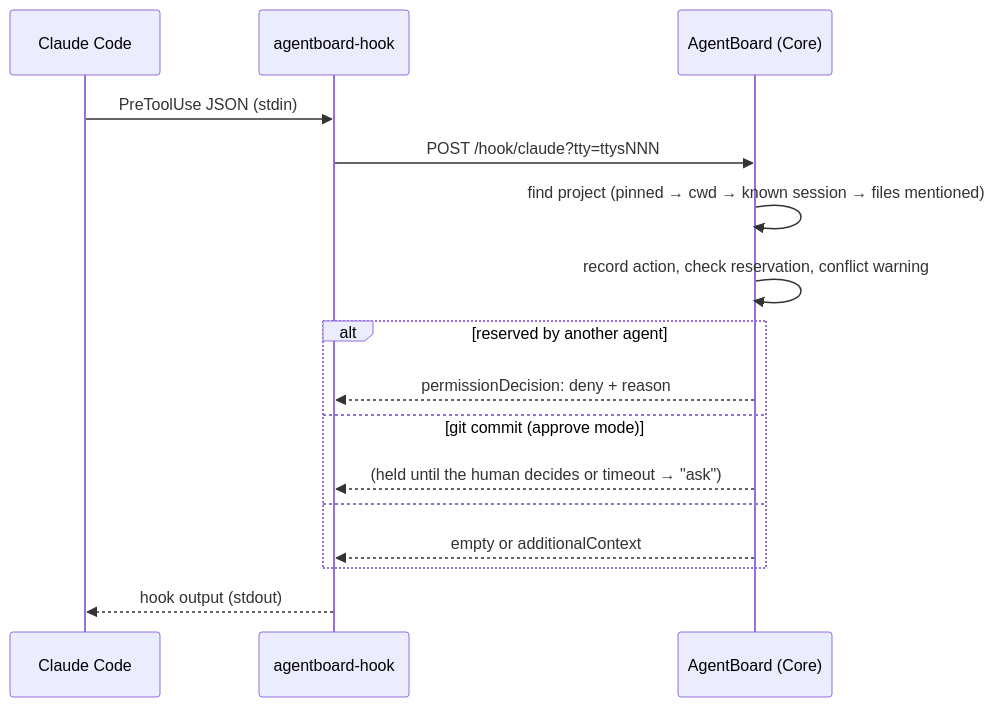
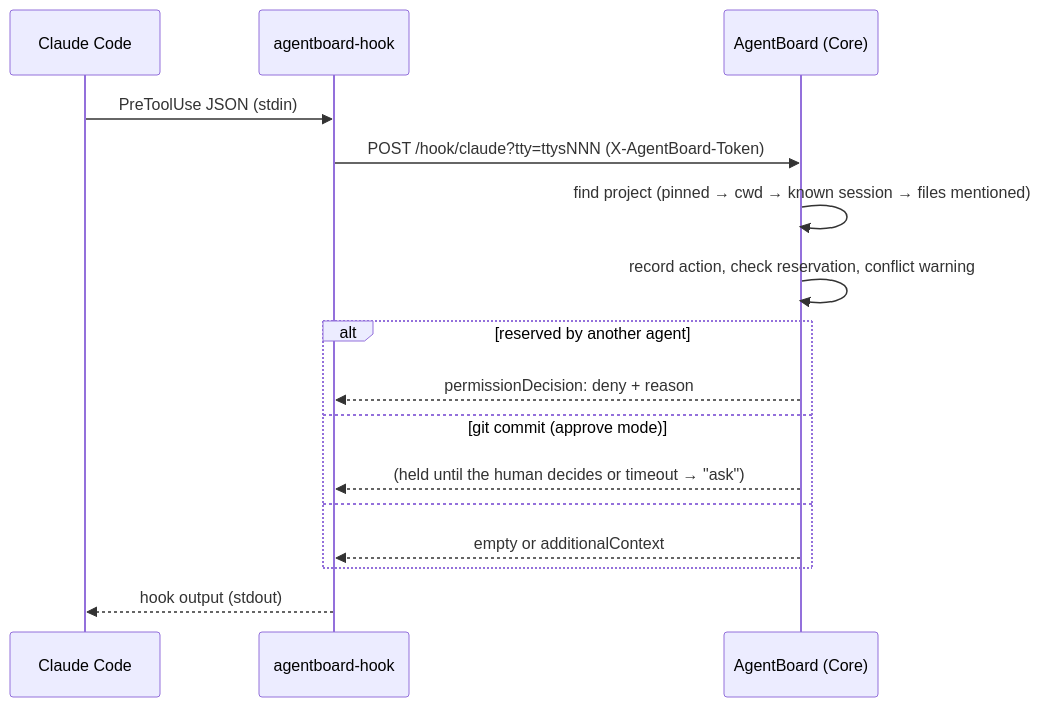
One commit to Malashkin/agentboard changed the first of 3 diagrams in docs/architecture/data-flow.md. Above: the diagram before and after it, drawn with Mermaid. The commit also changed other lines of this file and 11 other files, not shown here.

````diff
--- a/docs/architecture/data-flow.md
+++ b/docs/architecture/data-flow.md
@@ -11,18 +11,18 @@
 ```mermaid
 sequenceDiagram
   participant A as Claude Code
   participant B as agentboard-hook
   participant S as AgentBoard (Core)
   A->>B: PreToolUse JSON (stdin)
-  B->>S: POST /hook/claude?tty=ttysNNN
+  B->>S: POST /hook/claude?tty=ttysNNN (X-AgentBoard-Token)
   S->>S: find project (pinned → cwd → known session → files mentioned)
   S->>S: record action, check reservation, conflict warning
   alt reserved by another agent
     S-->>B: permissionDecision: deny + reason
   else git commit (approve mode)
     S-->>B: (held until the human decides or timeout → "ask")
   else
     S-->>B: empty or additionalContext
   end
   B-->>A: hook output (stdout)
 ```
````
